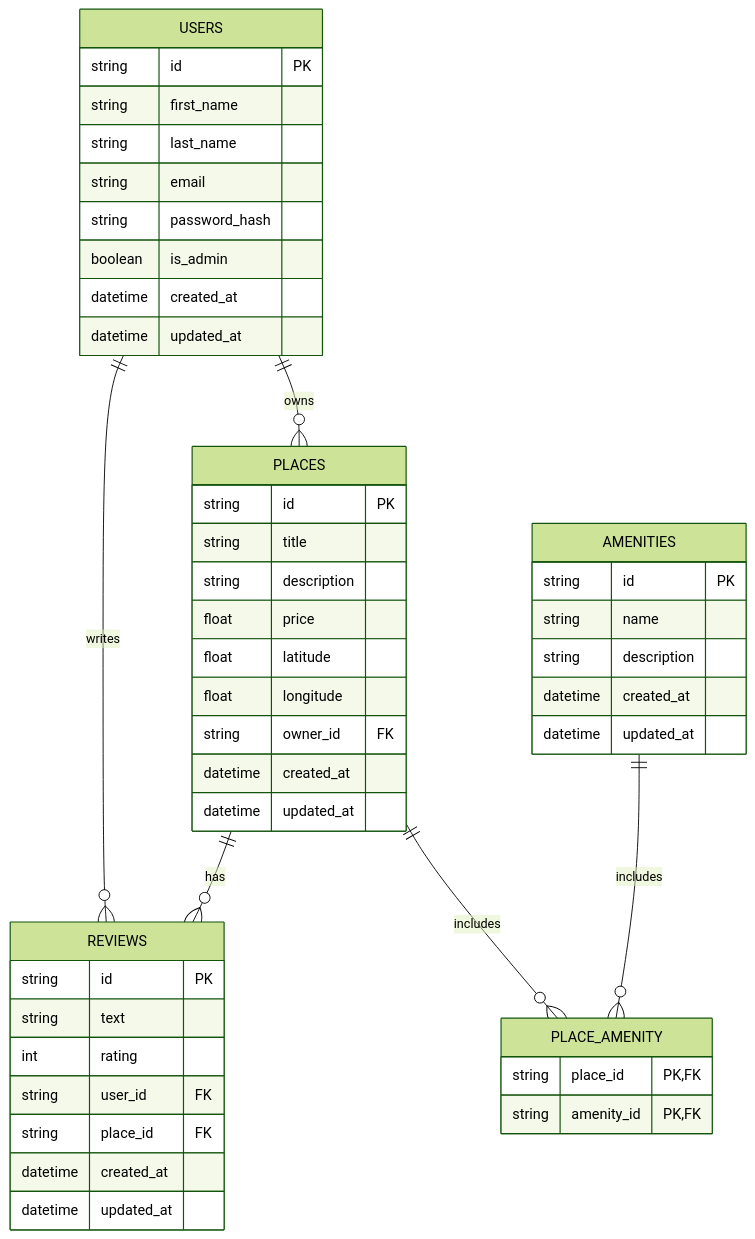
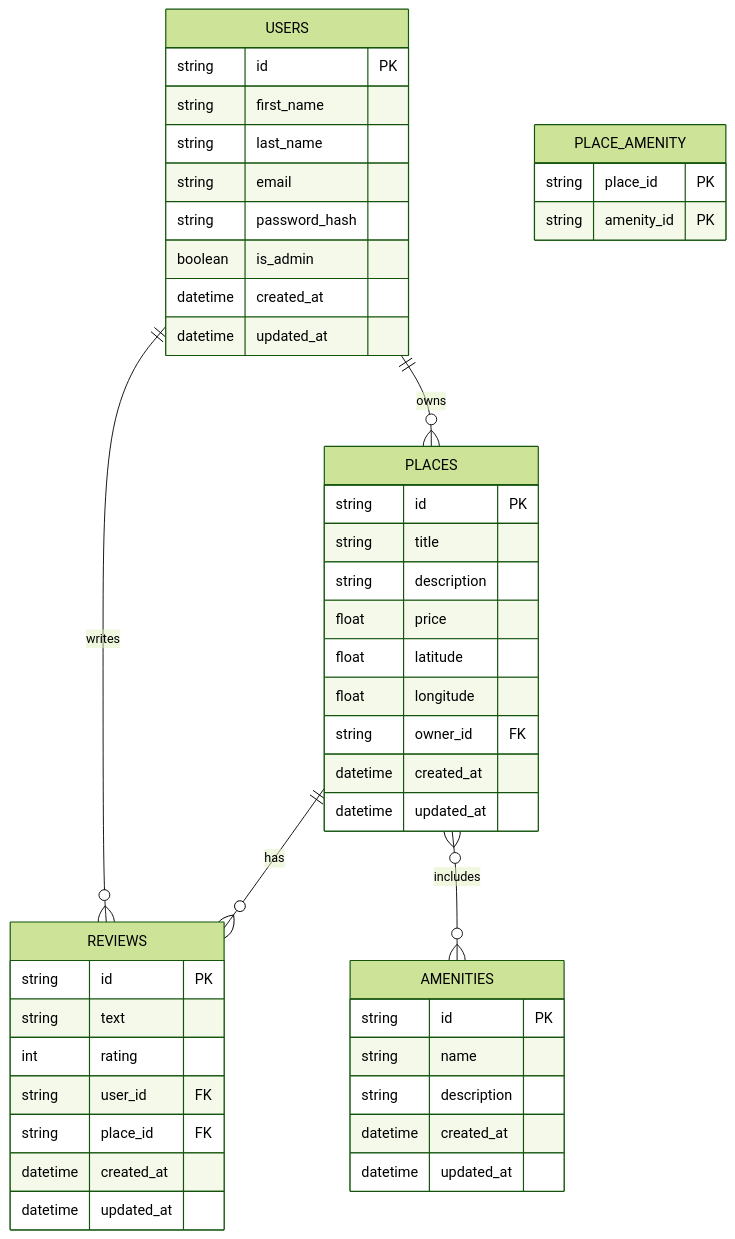
Before and after one commit to khuloud0/holbertonschool-hbnb: the diagram in Part3/diagrams/er_diagram.md, drawn with Mermaid (forest theme).

````diff
--- a/Part3/diagrams/er_diagram.md
+++ b/Part3/diagrams/er_diagram.md
@@ -1,54 +1,54 @@
 ```mermaid
 erDiagram
+
     USERS {
         string id PK
         string first_name
         string last_name
         string email
         string password_hash
         boolean is_admin
         datetime created_at
         datetime updated_at
     }
 
     PLACES {
         string id PK
         string title
         string description
         float price
         float latitude
         float longitude
         string owner_id FK
         datetime created_at
         datetime updated_at
     }
 
     REVIEWS {
         string id PK
         string text
         int rating
         string user_id FK
         string place_id FK
         datetime created_at
         datetime updated_at
     }
 
     AMENITIES {
         string id PK
         string name
         string description
         datetime created_at
         datetime updated_at
     }
 
     PLACE_AMENITY {
-        string place_id PK, FK
-        string amenity_id PK, FK
+        string place_id PK
+        string amenity_id PK
     }
 
     USERS ||--o{ PLACES : owns
     USERS ||--o{ REVIEWS : writes
     PLACES ||--o{ REVIEWS : has
-    PLACES ||--o{ PLACE_AMENITY : includes
-    AMENITIES ||--o{ PLACE_AMENITY : includes
+    PLACES }o--o{ AMENITIES : includes
 ```
````
